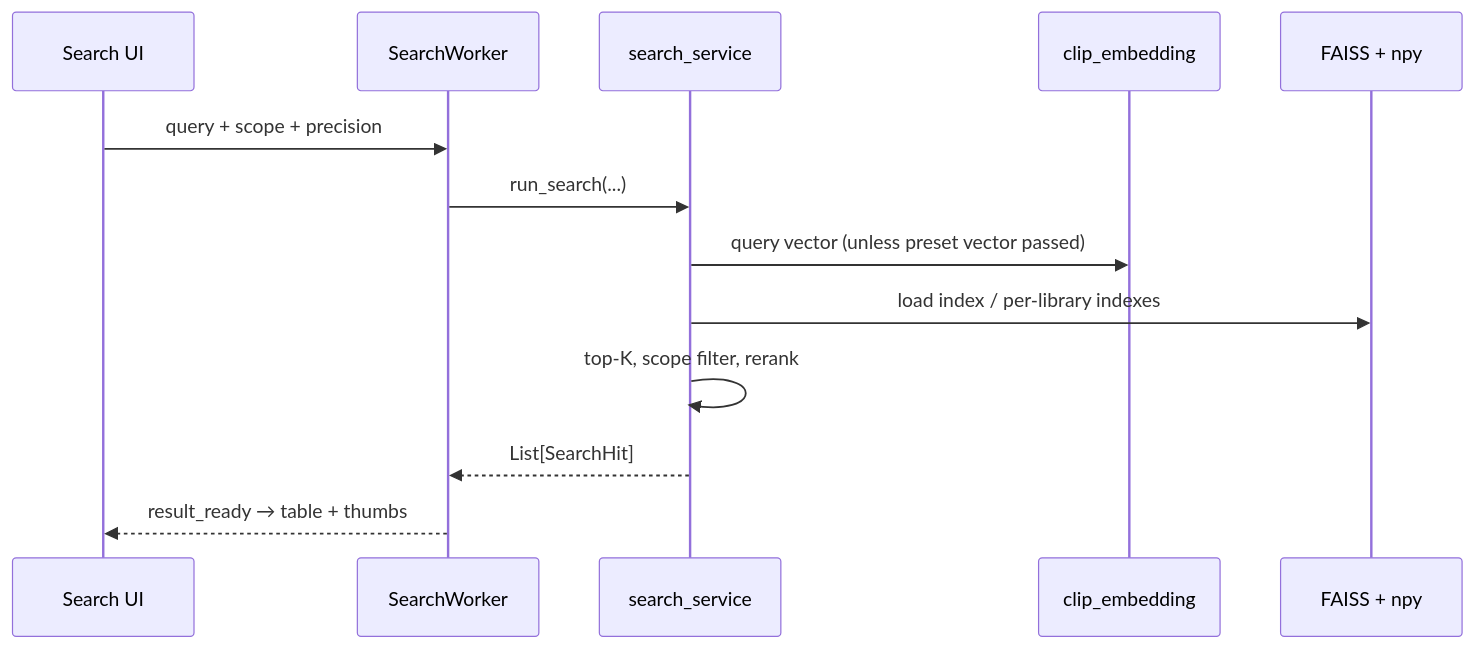
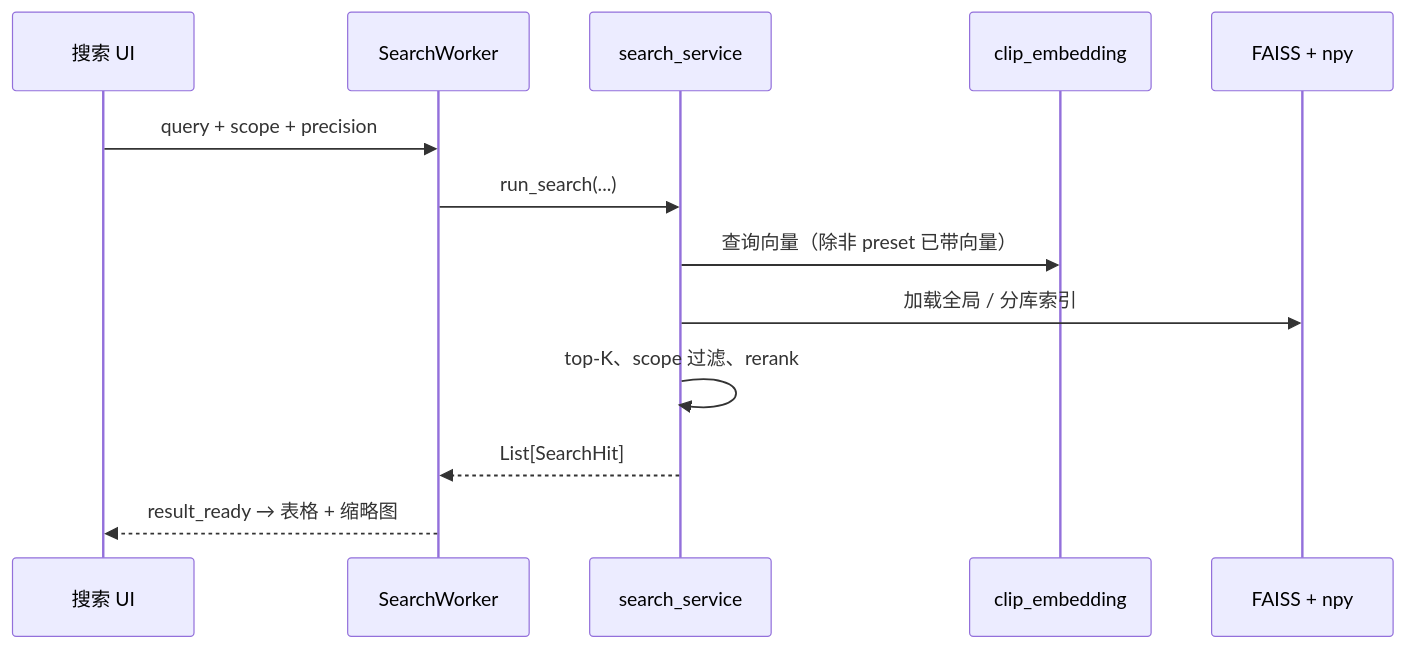
Before and after one commit to 6v17/VideoSeek: the fifth of 5 diagrams in docs/architecture.md, drawn with Mermaid. The commit also changed other lines of this file, not shown here.

````diff
--- a/docs/architecture.md
+++ b/docs/architecture.md
@@ -119,15 +119,15 @@
 ```mermaid
 sequenceDiagram
-  participant UI as Search UI
+  participant UI as 搜索 UI
   participant W as SearchWorker
   participant SS as search_service
   participant CE as clip_embedding
   participant IX as FAISS + npy
   UI->>W: query + scope + precision
   W->>SS: run_search(...)
-  SS->>CE: query vector (unless preset vector passed)
-  SS->>IX: load index / per-library indexes
-  SS->>SS: top-K, scope filter, rerank
+  SS->>CE: 查询向量（除非 preset 已带向量）
+  SS->>IX: 加载全局 / 分库索引
+  SS->>SS: top-K、scope 过滤、rerank
   SS-->>W: List[SearchHit]
-  W-->>UI: result_ready → table + thumbs
+  W-->>UI: result_ready → 表格 + 缩略图
 ```
````
